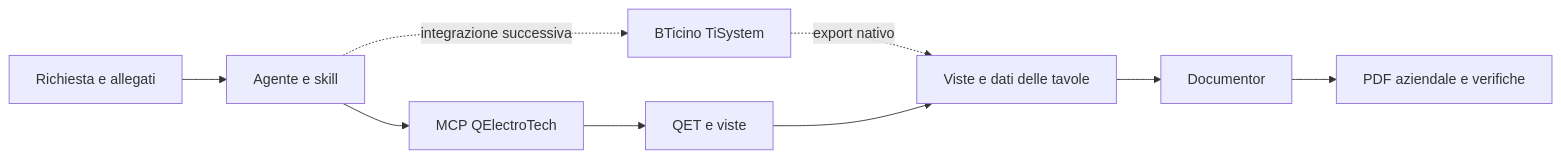
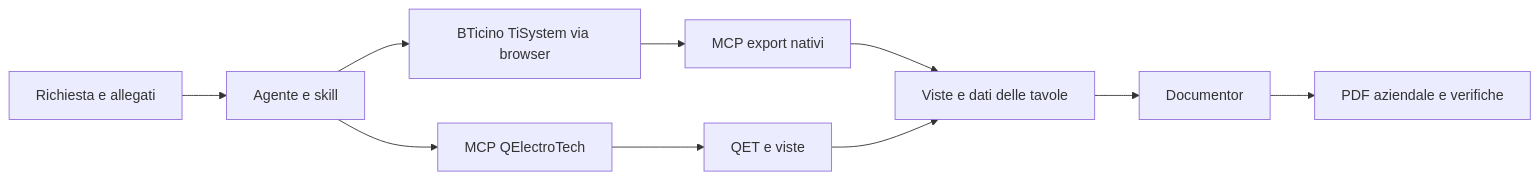
The diagram in README.md (gridsociety/gridline), drawn with Mermaid before and after one commit. The commit also changed other lines of this file and 45 other files, not shown here.

Commit message:
feat(bticino): add native single-line generation through MCP (#1)

````diff
--- a/README.md
+++ b/README.md
@@ -67,11 +84,12 @@
 ```mermaid
 flowchart LR
     R[Richiesta e allegati] --> A[Agente e skill]
     A --> Q[MCP QElectroTech]
     Q --> S[QET e viste]
-    A -. integrazione successiva .-> B[BTicino TiSystem]
-    B -. export nativo .-> V[Viste e dati delle tavole]
+    A --> B[BTicino TiSystem via browser]
+    B --> N[MCP export nativi]
+    N --> V[Viste e dati delle tavole]
     S --> V
     V --> D[Documentor]
     D --> P[PDF aziendale e verifiche]
 ```
````
